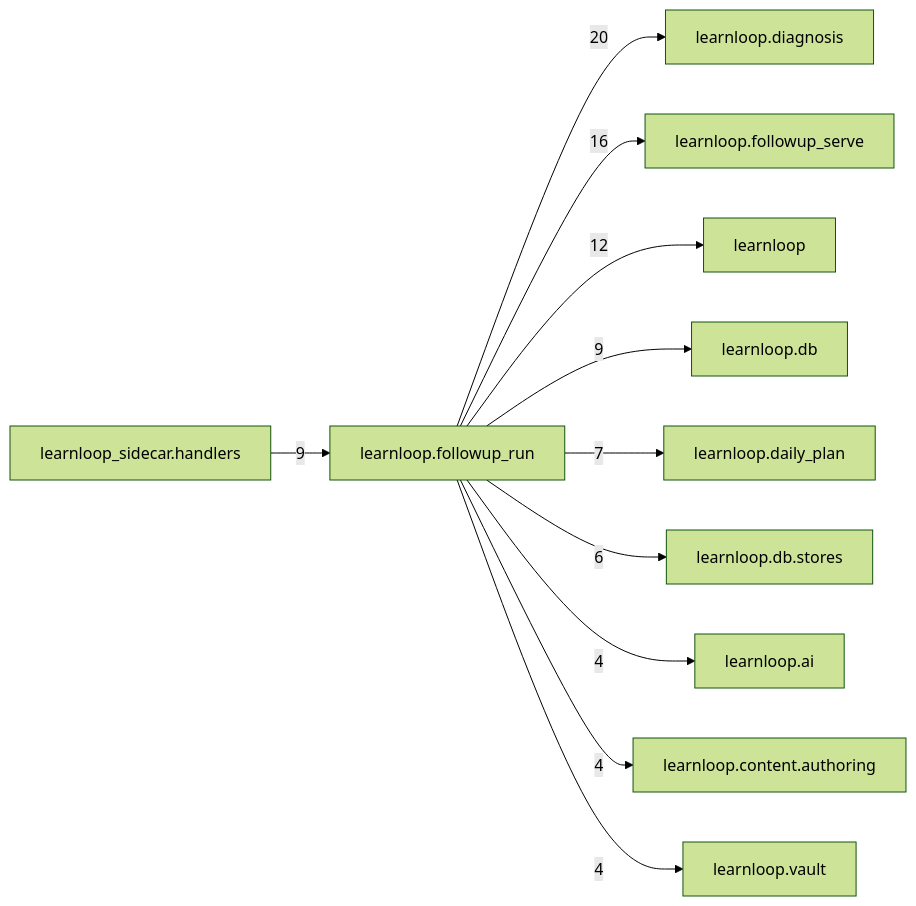
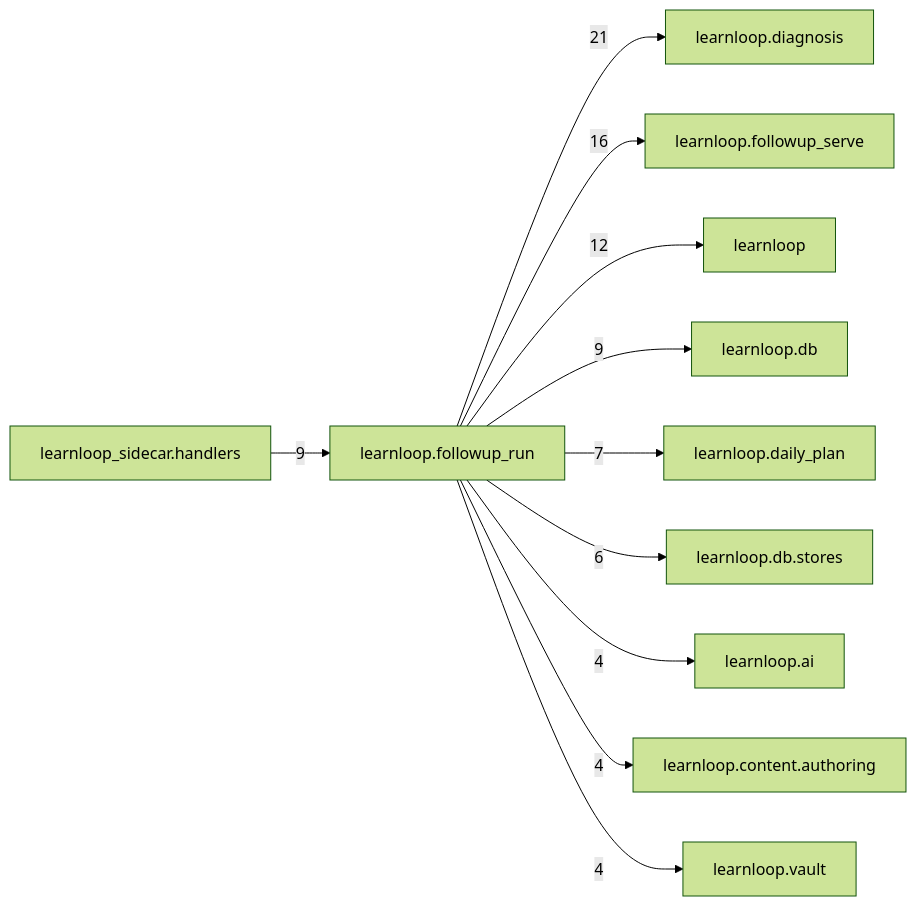
One commit to 6up-b/learnanything changed the diagram in docs/learnloop-architecture-vault/Reference/Modules/learnloop/followup_run/_package.md. Above: the diagram before and after it, drawn with Mermaid (forest theme). The commit also changed other lines of this file and 12 other files, not shown here.

````diff
--- a/docs/learnloop-architecture-vault/Reference/Modules/learnloop/followup_run/_package.md
+++ b/docs/learnloop-architecture-vault/Reference/Modules/learnloop/followup_run/_package.md
@@ -97,24 +97,24 @@
 ```mermaid
 flowchart LR
     center["learnloop.followup_run"]
     n_learnloop_diagnosis["learnloop.diagnosis"]
     n_learnloop_followup_serve["learnloop.followup_serve"]
     n_learnloop["learnloop"]
     n_learnloop_db["learnloop.db"]
     n_learnloop_sidecar_handlers["learnloop_sidecar.handlers"]
     n_learnloop_daily_plan["learnloop.daily_plan"]
     n_learnloop_db_stores["learnloop.db.stores"]
     n_learnloop_ai["learnloop.ai"]
     n_learnloop_content_authoring["learnloop.content.authoring"]
     n_learnloop_vault["learnloop.vault"]
-    center -->|20| n_learnloop_diagnosis
+    center -->|21| n_learnloop_diagnosis
     center -->|16| n_learnloop_followup_serve
     center -->|12| n_learnloop
     center -->|9| n_learnloop_db
     n_learnloop_sidecar_handlers -->|9| center
     center -->|7| n_learnloop_daily_plan
     center -->|6| n_learnloop_db_stores
     center -->|4| n_learnloop_ai
     center -->|4| n_learnloop_content_authoring
     center -->|4| n_learnloop_vault
 ```
````
